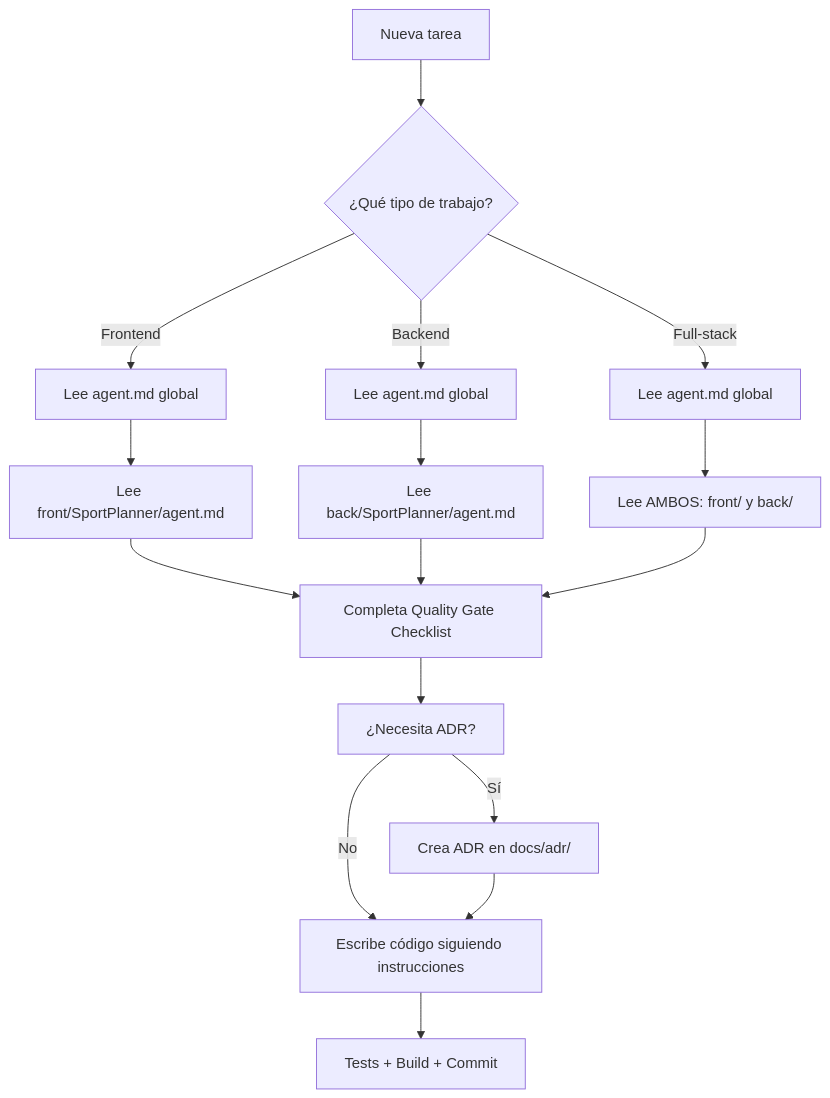
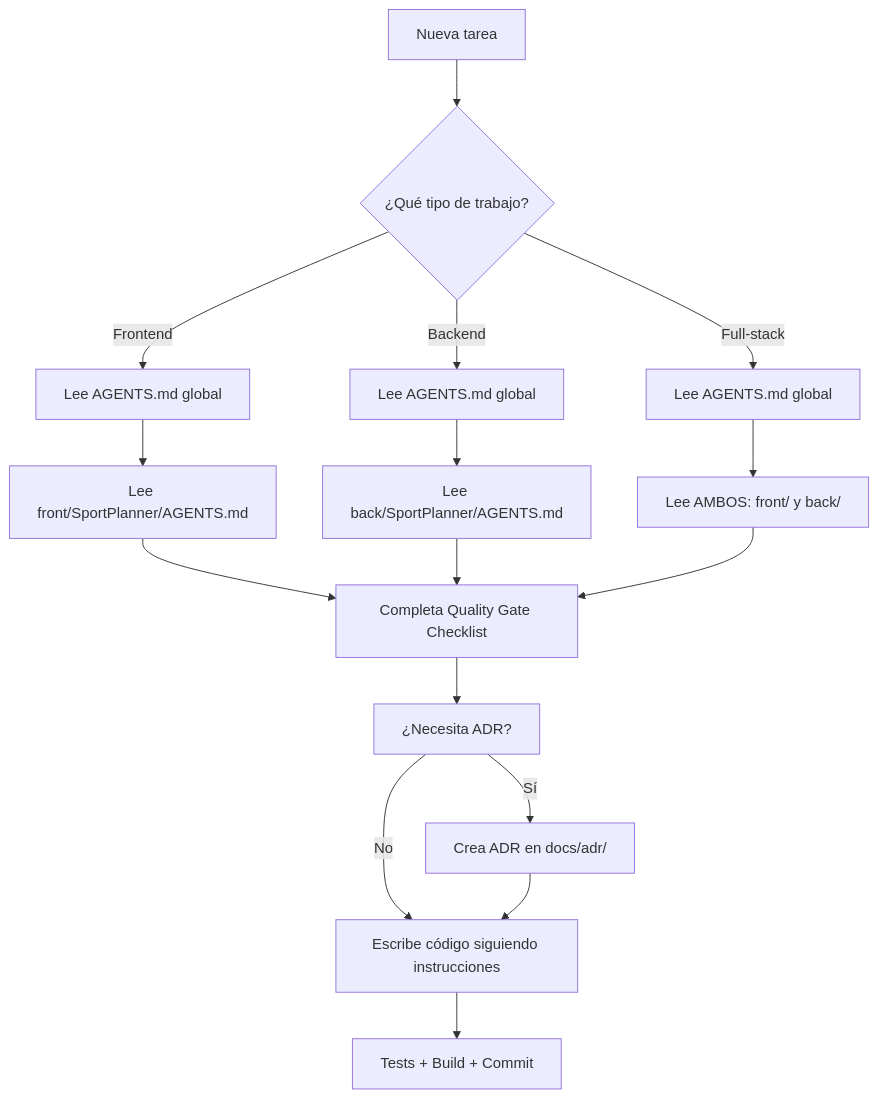
Before and after one commit to jorgeturrubia/SportPlannerV2: the diagram in claude.md, drawn with Mermaid. The commit also changed other lines of this file and 19 other files, not shown here.

````diff
--- a/claude.md
+++ b/claude.md
@@ -70,22 +70,22 @@
 ```mermaid
 graph TD
     A[Nueva tarea] --> B{¿Qué tipo de trabajo?}
-    B -->|Frontend| C[Lee agent.md global]
-    B -->|Backend| D[Lee agent.md global]
-    B -->|Full-stack| E[Lee agent.md global]
+    B -->|Frontend| C[Lee AGENTS.md global]
+    B -->|Backend| D[Lee AGENTS.md global]
+    B -->|Full-stack| E[Lee AGENTS.md global]
 
-    C --> F[Lee front/SportPlanner/agent.md]
-    D --> G[Lee back/SportPlanner/agent.md]
+    C --> F[Lee front/SportPlanner/AGENTS.md]
+    D --> G[Lee back/SportPlanner/AGENTS.md]
     E --> H[Lee AMBOS: front/ y back/]
 
     F --> I[Completa Quality Gate Checklist]
     G --> I
     H --> I
 
     I --> J[¿Necesita ADR?]
     J -->|Sí| K[Crea ADR en docs/adr/]
     J -->|No| L[Escribe código siguiendo instrucciones]
 
     K --> L
     L --> M[Tests + Build + Commit]
 ```
````
